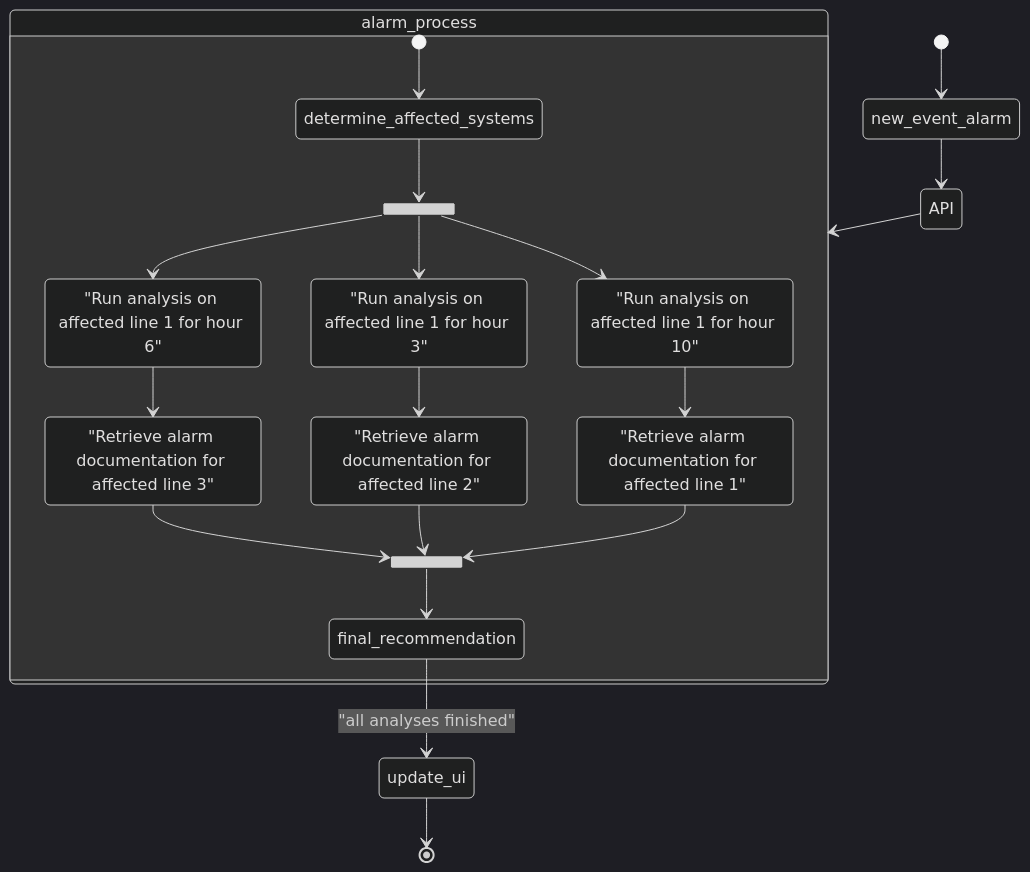
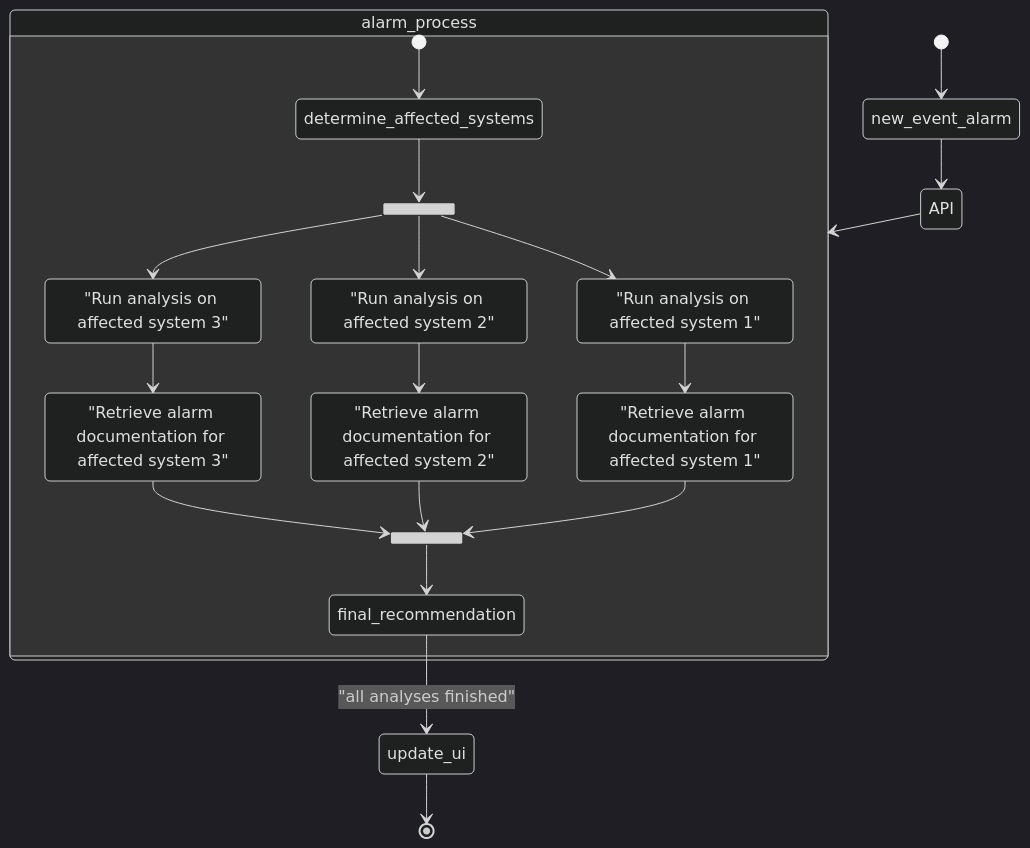
One commit to jordanbean-msft/sk-agents-pf-fastapi changed the diagram in .img/alarm_process.mermaid. Above: the diagram before and after it, drawn with Mermaid (dark theme).

Commit message:
archtiecture

```diff
--- a/.img/alarm_process.mermaid
+++ b/.img/alarm_process.mermaid
@@ -1,41 +1,41 @@
 %% stateDiagram-v2
 %%     [*] -->  new_event_alarm
 %%     new_event_alarm --> API
 %%     API --> start_alarm_process
 %%     start_alarm_process -->  retrieve_documentation_step
 %%     retrieve_documentation_step --> run_analysis
 %%     run_analysis --> final_recommendation
 %%     final_recommendation --> update_ui
 %%     update_ui --> [*]
 
 stateDiagram-v2
-    run_analysis1: "Run analysis on affected line 1 for hour 10"
-    run_analysis2: "Run analysis on affected line 1 for hour 3"
-    run_analysis3: "Run analysis on affected line 1 for hour 6"
-    retrieve_alarm_documentation1: "Retrieve alarm documentation for affected line 1"
-    retrieve_alarm_documentation2: "Retrieve alarm documentation for affected line 2"
-    retrieve_alarm_documentation3: "Retrieve alarm documentation for affected line 3"
+    run_analysis1: "Run analysis on affected system 1"
+    run_analysis2: "Run analysis on affected system 2"
+    run_analysis3: "Run analysis on affected system 3"
+    retrieve_alarm_documentation1: "Retrieve alarm documentation for affected system 1"
+    retrieve_alarm_documentation2: "Retrieve alarm documentation for affected system 2"
+    retrieve_alarm_documentation3: "Retrieve alarm documentation for affected system 3"
 
     [*] -->  new_event_alarm
     new_event_alarm --> API
     API --> alarm_process
     state alarm_process {
         [*] --> determine_affected_systems
         %% determine_affected_systems --> final_recommendation: "count of affected systems event"
         state fork_state <<fork>>
             determine_affected_systems --> fork_state
             fork_state --> run_analysis1
             run_analysis1 --> retrieve_alarm_documentation1
             fork_state --> run_analysis2
             run_analysis2 --> retrieve_alarm_documentation2
             fork_state --> run_analysis3
             run_analysis3 --> retrieve_alarm_documentation3
         state join_state <<join>>
             retrieve_alarm_documentation1 --> join_state
             retrieve_alarm_documentation2 --> join_state
             retrieve_alarm_documentation3 --> join_state
             join_state --> final_recommendation
             %%final_recommendation --> final_recommendation: "wait for all analyses to finish"
     }
     final_recommendation --> update_ui: "all analyses finished"
     update_ui --> [*]
```
